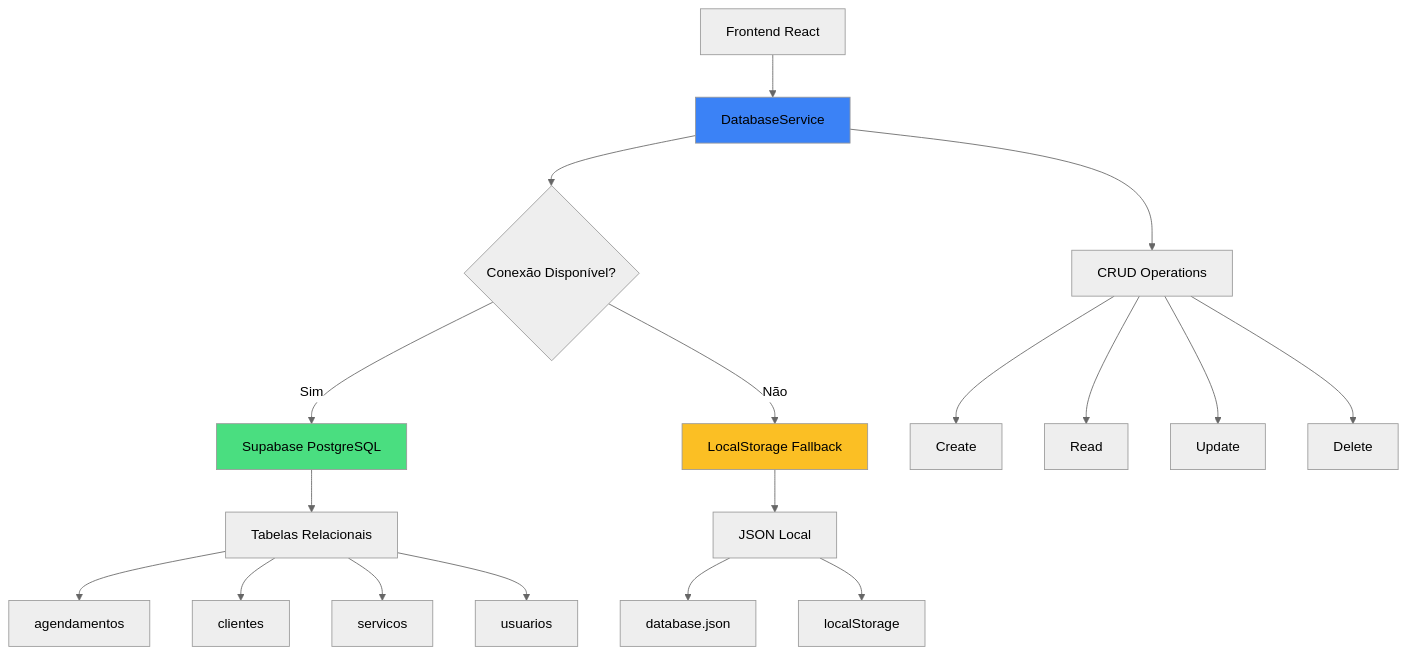
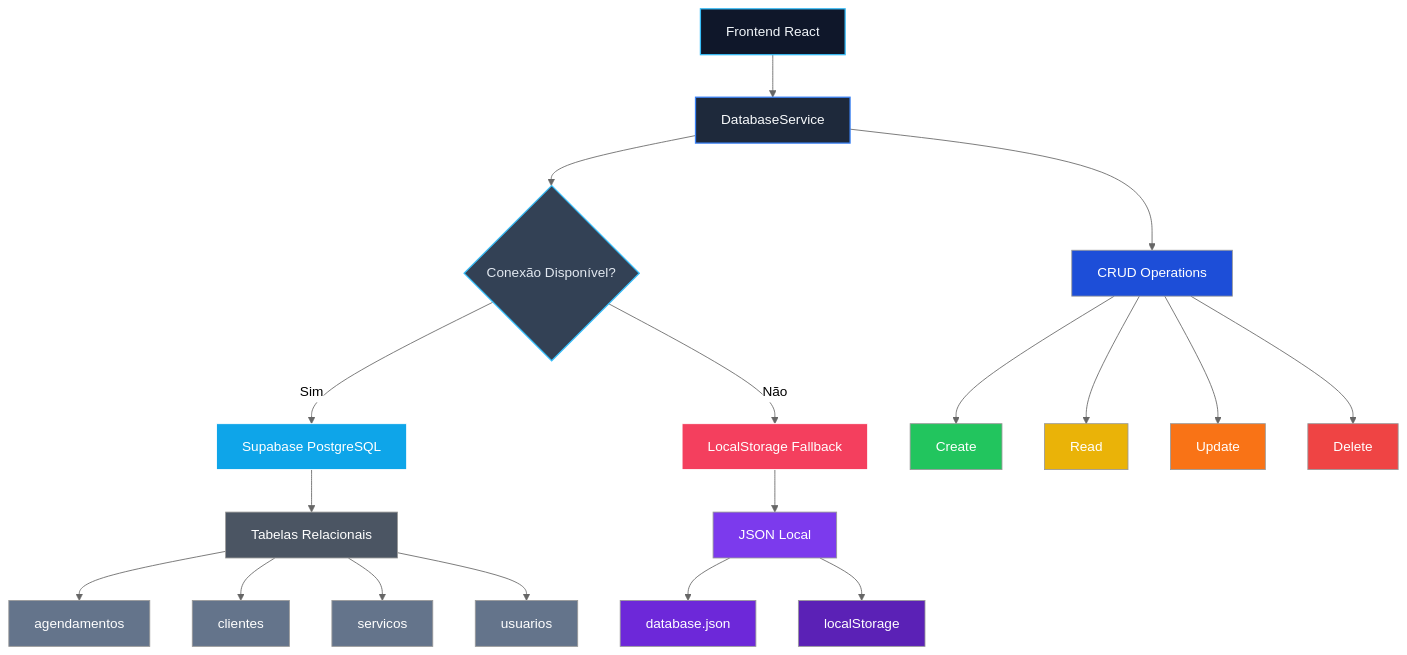
Before and after one commit to cold-tech/documentacao: the first of 4 diagrams in documentacaoTecnica/CONECTIVIDADE_CRUD.md, drawn with Mermaid (neutral theme).

````diff
--- a/documentacaoTecnica/CONECTIVIDADE_CRUD.md
+++ b/documentacaoTecnica/CONECTIVIDADE_CRUD.md
@@ -11,27 +11,44 @@
 ```mermaid
 graph TB
     A[Frontend React] --> B[DatabaseService]
     B --> C{Conexão Disponível?}
     C -->|Sim| D[Supabase PostgreSQL]
     C -->|Não| E[LocalStorage Fallback]
     
     D --> F[Tabelas Relacionais]
     F --> G[agendamentos]
     F --> H[clientes]
     F --> I[servicos]
     F --> J[usuarios]
     
     E --> K[JSON Local]
     K --> L[database.json]
     K --> M[localStorage]
     
     B --> N[CRUD Operations]
     N --> O[Create]
     N --> P[Read]
     N --> Q[Update]
     N --> R[Delete]
-    
-    style D fill:#4ade80
-    style E fill:#fbbf24
-    style B fill:#3b82f6
+
+    %% Estilo com tons sóbrios e modernos
+    style A fill:#0f172a,stroke:#38bdf8,stroke-width:1.5px,color:#f1f5f9
+    style B fill:#1e293b,stroke:#3b82f6,stroke-width:1.5px,color:#f8fafc
+    style C fill:#334155,stroke:#38bdf8,stroke-width:1.5px,color:#e2e8f0
+    style D fill:#0ea5e9,stroke:#fff,stroke-width:1px,color:#fff
+    style E fill:#f43f5e,stroke:#fff,stroke-width:1px,color:#fff
+    style F fill:#4b5563,color:#fff
+    style G fill:#64748b,color:#fff
+    style H fill:#64748b,color:#fff
+    style I fill:#64748b,color:#fff
+    style J fill:#64748b,color:#fff
+    style K fill:#7c3aed,color:#fff
+    style L fill:#6d28d9,color:#fff
+    style M fill:#5b21b6,color:#fff
+    style N fill:#1d4ed8,color:#fff
+    style O fill:#22c55e,color:#fff
+    style P fill:#eab308,color:#fff
+    style Q fill:#f97316,color:#fff
+    style R fill:#ef4444,color:#fff
+
 ```
````
